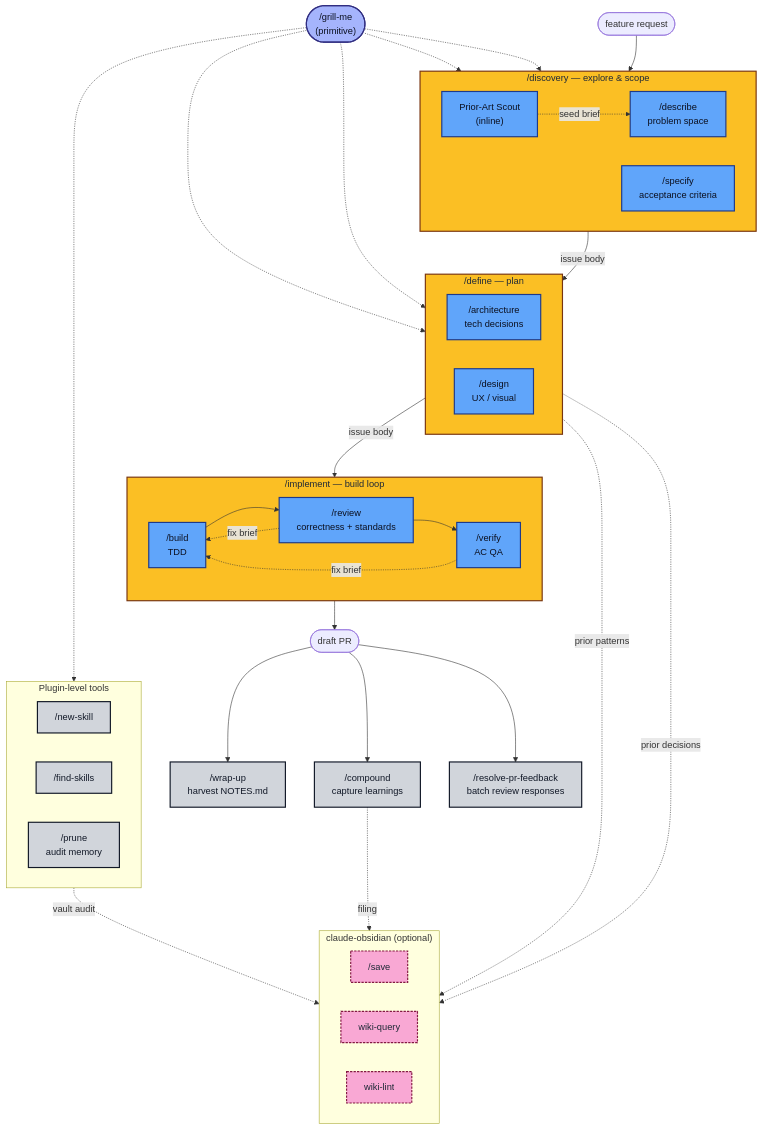
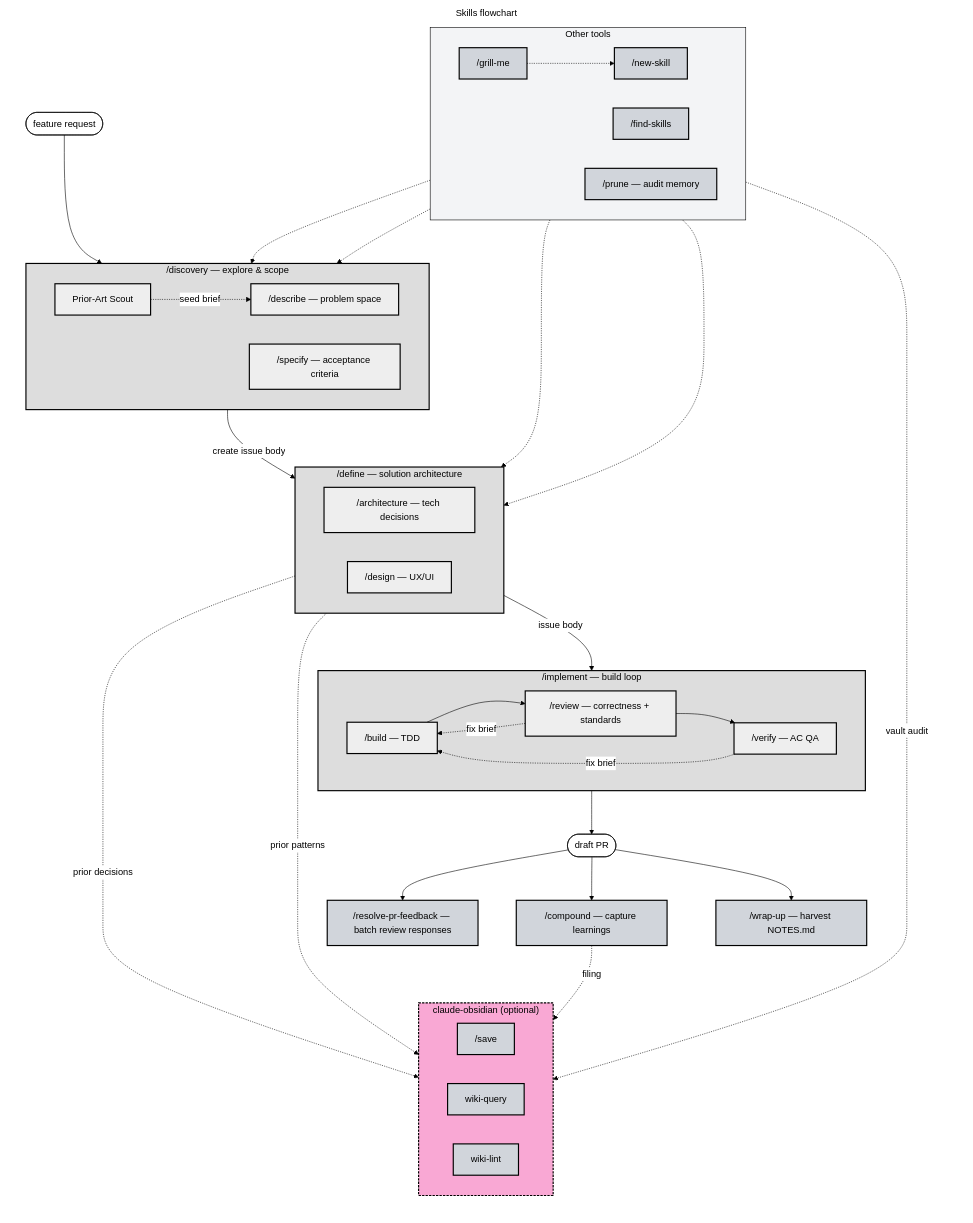
Before and after one commit to misiekhardcore/claude-workflow: the diagram in README.md, drawn with Mermaid.

Commit message:
feat: enhance workflow diagram with detailed skill interactions and improved styling

````diff
--- a/README.md
+++ b/README.md
@@ -5,71 +5,76 @@
 ```mermaid
+%%{init: {'theme':'base', 'themeVariables': {'background':'#000','primaryColor':'#ffffff','primaryTextColor':'#000000','primaryBorderColor':'#000000','lineColor':'#000000','textColor':'#000000','titleColor':'#000000','clusterBkg':'#f3f4f6','clusterBorder':'#000000','edgeLabelBackground':'#ffffff','edgeLabelBackground':'#ffffff'}}}%%
 flowchart TB
-    Start([feature request]) --> Discovery
+    subgraph Canvas["Skills flowchart"]
+        direction TB
+        Start([feature request]) --> Discovery
 
-    subgraph Discovery["/discovery — explore & scope"]
-        direction LR
-        D_Describe["/describe<br/>problem space"]
-        D_Specify["/specify<br/>acceptance criteria"]
-        D_Scout["Prior-Art Scout<br/>(inline)"]
-        D_Scout -.seed brief.-> D_Describe
+        subgraph Discovery["/discovery — explore & scope"]
+            direction LR
+            D_Describe["/describe — problem space"]
+            D_Specify["/specify — acceptance criteria"]
+            D_Scout["Prior-Art Scout"]
+            D_Scout -.seed brief.-> D_Describe
+        end
+
+        subgraph Define["/define — solution architecture"]
+            direction LR
+            Df_Arch["/architecture — tech decisions"]
+            Df_Design["/design — UX/UI"]
+        end
+
+        subgraph Implement["/implement — build loop"]
+            direction LR
+            I_Build["/build — TDD"]
+            I_Review["/review — correctness + standards"]
+            I_Verify["/verify — AC QA"]
+            I_Build --> I_Review --> I_Verify
+            I_Verify -.fix brief.-> I_Build
+            I_Review -.fix brief.-> I_Build
+        end
+
+        Discovery -->|create issue body| Define
+        Define -->|issue body| Implement
+        Implement --> PR([draft PR])
+        PR --> WrapUp["/wrap-up — harvest NOTES.md"]
+        PR --> Compound["/compound — capture learnings"]
+        PR --> ResolvePR["/resolve-pr-feedback — batch review responses"]
+
+        subgraph Meta["Other tools"]
+            direction LR
+            NewSkill["/new-skill"]
+            FindSkills["/find-skills"]
+            Prune["/prune — audit memory"]
+            GrillMe["/grill-me"]
+        end
+
+        GrillMe -.-> D_Describe
+        GrillMe -.-> D_Specify
+        GrillMe -.-> Df_Arch
+        GrillMe -.-> Df_Design
+        GrillMe -.-> NewSkill
+
+        subgraph Obsidian["claude-obsidian (optional)"]
+            direction LR
+            Save["/save"]
+            WikiQuery["wiki-query"]
+            WikiLint["wiki-lint"]
+        end
+        Compound -. filing .-> Save
+        Df_Arch -. prior patterns .-> WikiQuery
+        Define -. prior decisions .-> WikiQuery
+        Prune -. vault audit .-> WikiLint
     end
 
-    subgraph Define["/define — plan"]
-        direction LR
-        Df_Arch["/architecture<br/>tech decisions"]
-        Df_Design["/design<br/>UX / visual"]
-    end
-
-    subgraph Implement["/implement — build loop"]
-        direction LR
-        I_Build["/build<br/>TDD"]
-        I_Review["/review<br/>correctness + standards"]
-        I_Verify["/verify<br/>AC QA"]
-        I_Build --> I_Review --> I_Verify
-        I_Verify -.fix brief.-> I_Build
-        I_Review -.fix brief.-> I_Build
-    end
-
-    Discovery -->|issue body| Define
-    Define -->|issue body| Implement
-    Implement --> PR([draft PR])
-    PR --> WrapUp["/wrap-up<br/>harvest NOTES.md"]
-    PR --> Compound["/compound<br/>capture learnings"]
-    PR --> ResolvePR["/resolve-pr-feedback<br/>batch review responses"]
-
-    GrillMe(["/grill-me<br/>(primitive)"])
-    GrillMe -.-> D_Describe
-    GrillMe -.-> D_Specify
-    GrillMe -.-> Df_Arch
-    GrillMe -.-> Df_Design
-
-    subgraph Meta["Plugin-level tools"]
-        direction LR
-        NewSkill["/new-skill"]
-        FindSkills["/find-skills"]
-        Prune["/prune<br/>audit memory"]
-    end
-    GrillMe -.-> NewSkill
-
-    subgraph Obsidian["claude-obsidian (optional)"]
-        direction LR
-        Save["/save"]
-        WikiQuery["wiki-query"]
-        WikiLint["wiki-lint"]
-    end
-    Compound -. filing .-> Save
-    Df_Arch -. prior patterns .-> WikiQuery
-    Define -. prior decisions .-> WikiQuery
-    Prune -. vault audit .-> WikiLint
-
-    classDef orch fill:#fbbf24,stroke:#78350f,stroke-width:2px,color:#1f2937
-    classDef spec fill:#60a5fa,stroke:#1e3a8a,stroke-width:2px,color:#0b1020
-    classDef prim fill:#a5b4fc,stroke:#312e81,stroke-width:2px,color:#0b1020
-    classDef meta fill:#d1d5db,stroke:#111827,stroke-width:2px,color:#111827
-    classDef ext  fill:#f9a8d4,stroke:#831843,stroke-width:2px,stroke-dasharray:4 2,color:#1f2937
+    classDef canvas fill:#ffffff,stroke:#ffffff,color:#000000
+    classDef orch fill:#dddddd,stroke:#000000,stroke-width:2px,color:#000000
+    classDef spec fill:#eeeeee,stroke:#000000,stroke-width:2px,color:#000000
+    classDef prim fill:#a5b4fc,stroke:#000000,stroke-width:2px,color:#000000
+    classDef meta fill:#d1d5db,stroke:#000000,stroke-width:2px,color:#000000
+    classDef ext  fill:#f9a8d4,stroke:#000000,stroke-width:2px,stroke-dasharray:4 2,color:#000000
+    class Canvas canvas
     class Discovery,Define,Implement orch
     class D_Describe,D_Specify,D_Scout,Df_Arch,Df_Design,I_Build,I_Review,I_Verify spec
-    class GrillMe prim
-    class NewSkill,FindSkills,Prune,WrapUp,Compound,ResolvePR meta
-    class Save,WikiQuery,WikiLint ext
+    class GrillMe,NewSkill,FindSkills,Prune,WrapUp,Compound,ResolvePR,Save,WikiQuery,WikiLint meta
+    class Obsidian ext
 ```
````
